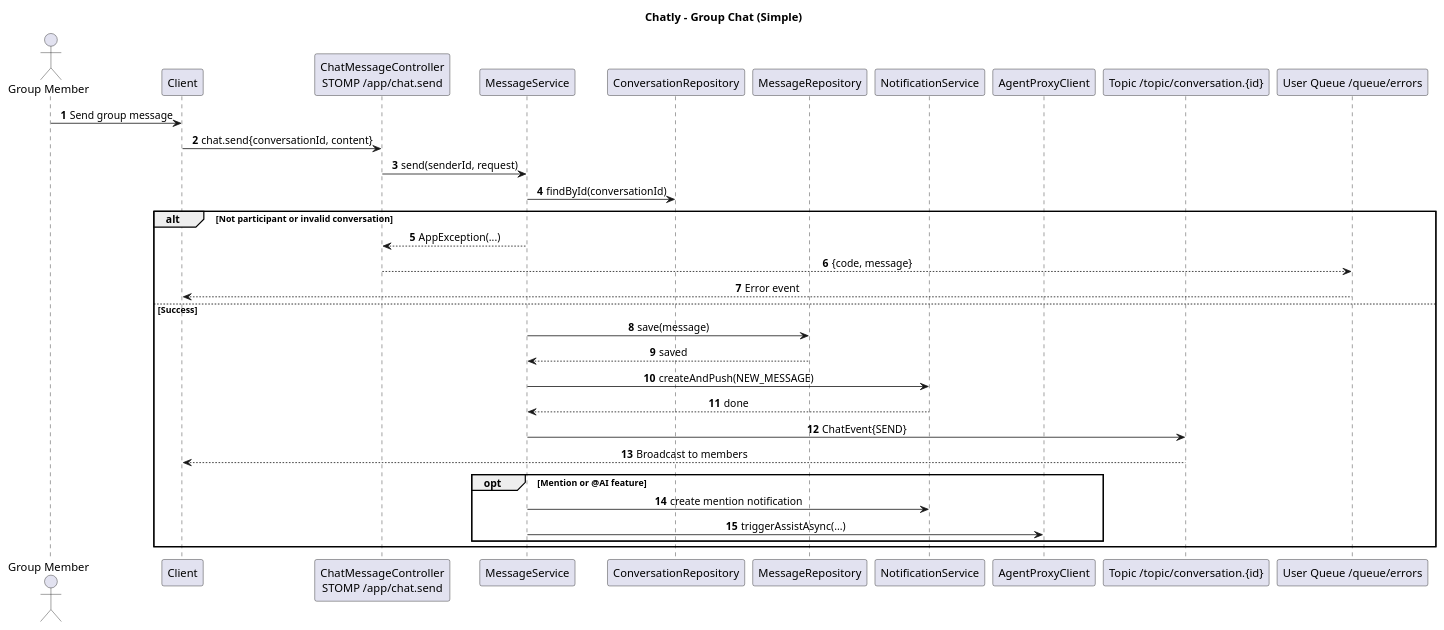
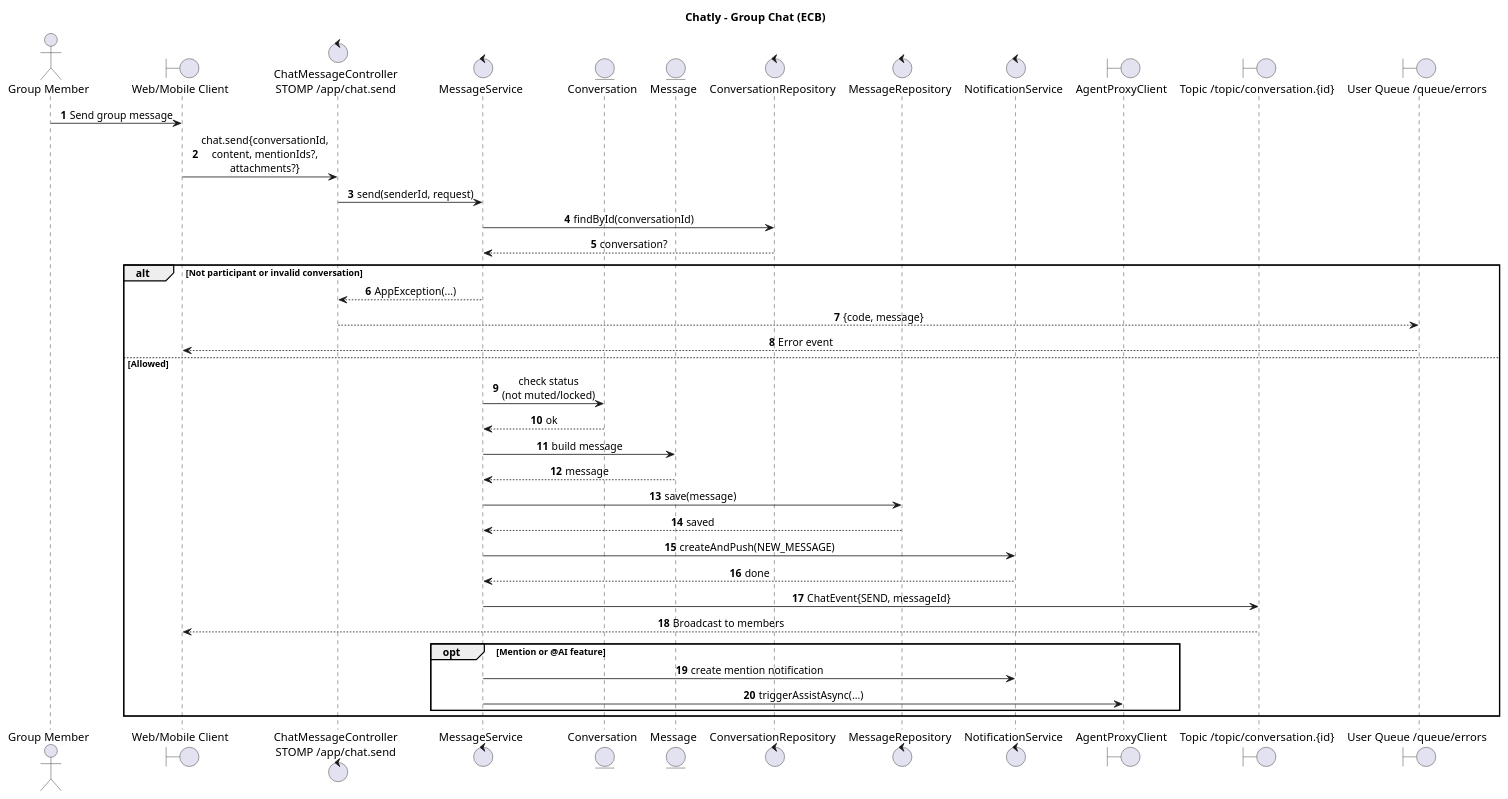
Before and after one commit to giasinguyen/chatly-messaging-platform: the diagram in _resources/diagram/Chatly_Sequence_Group_Chat.puml, drawn with PlantUML. The commit also changed 13 other files, not shown here.

First line of the commit message:
Refactor sequence diagrams and update story privacy handling

```diff
--- a/_resources/diagram/Chatly_Sequence_Group_Chat.puml
+++ b/_resources/diagram/Chatly_Sequence_Group_Chat.puml
@@ -1,42 +1,50 @@
 @startuml Chatly_Sequence_Group_Chat
-title Chatly - Group Chat (Simple)
+title Chatly - Group Chat (ECB)
 
 autonumber
 skinparam sequenceMessageAlign center
 skinparam responseMessageBelowArrow true
 
 actor "Group Member" as Member
-participant "Client" as Client
-participant "ChatMessageController\nSTOMP /app/chat.send" as ChatWsController
-participant "MessageService" as MessageService
-participant "ConversationRepository" as ConversationRepo
-participant "MessageRepository" as MessageRepo
-participant "NotificationService" as NotificationService
-participant "AgentProxyClient" as AgentProxy
-participant "Topic /topic/conversation.{id}" as TopicConversation
-participant "User Queue /queue/errors" as QueueErrors
+boundary "Web/Mobile Client" as Client
+control "ChatMessageController\nSTOMP /app/chat.send" as ChatWsController
+control "MessageService" as MessageService
+entity "Conversation" as ConversationEntity
+entity "Message" as MessageEntity
+control "ConversationRepository" as ConversationRepo
+control "MessageRepository" as MessageRepo
+control "NotificationService" as NotificationService
+boundary "AgentProxyClient" as AgentProxy
+boundary "Topic /topic/conversation.{id}" as TopicConversation
+boundary "User Queue /queue/errors" as QueueErrors
 
 Member -> Client: Send group message
-Client -> ChatWsController: chat.send{conversationId, content}
+Client -> ChatWsController: chat.send{conversationId,\ncontent, mentionIds?,\nattachments?}
 ChatWsController -> MessageService: send(senderId, request)
+
 MessageService -> ConversationRepo: findById(conversationId)
+ConversationRepo --> MessageService: conversation?
 
 alt Not participant or invalid conversation
   MessageService --> ChatWsController: AppException(...)
   ChatWsController --> QueueErrors: {code, message}
   QueueErrors --> Client: Error event
-else Success
+else Allowed
+  MessageService -> ConversationEntity: check status\n(not muted/locked)
+  ConversationEntity --> MessageService: ok
+  MessageService -> MessageEntity: build message
+  MessageEntity --> MessageService: message
   MessageService -> MessageRepo: save(message)
   MessageRepo --> MessageService: saved
   MessageService -> NotificationService: createAndPush(NEW_MESSAGE)
   NotificationService --> MessageService: done
-  MessageService -> TopicConversation: ChatEvent{SEND}
+  MessageService -> TopicConversation: ChatEvent{SEND, messageId}
   TopicConversation --> Client: Broadcast to members
 
   opt Mention or @AI feature
     MessageService -> NotificationService: create mention notification
     MessageService -> AgentProxy: triggerAssistAsync(...)
   end
 end
 
 @enduml
```
